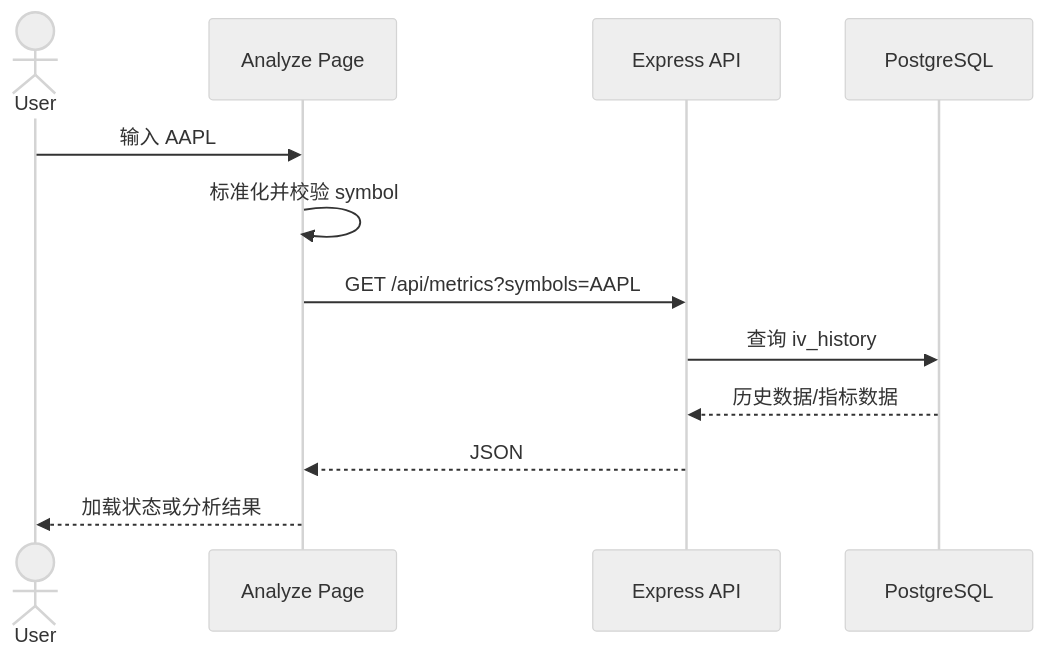
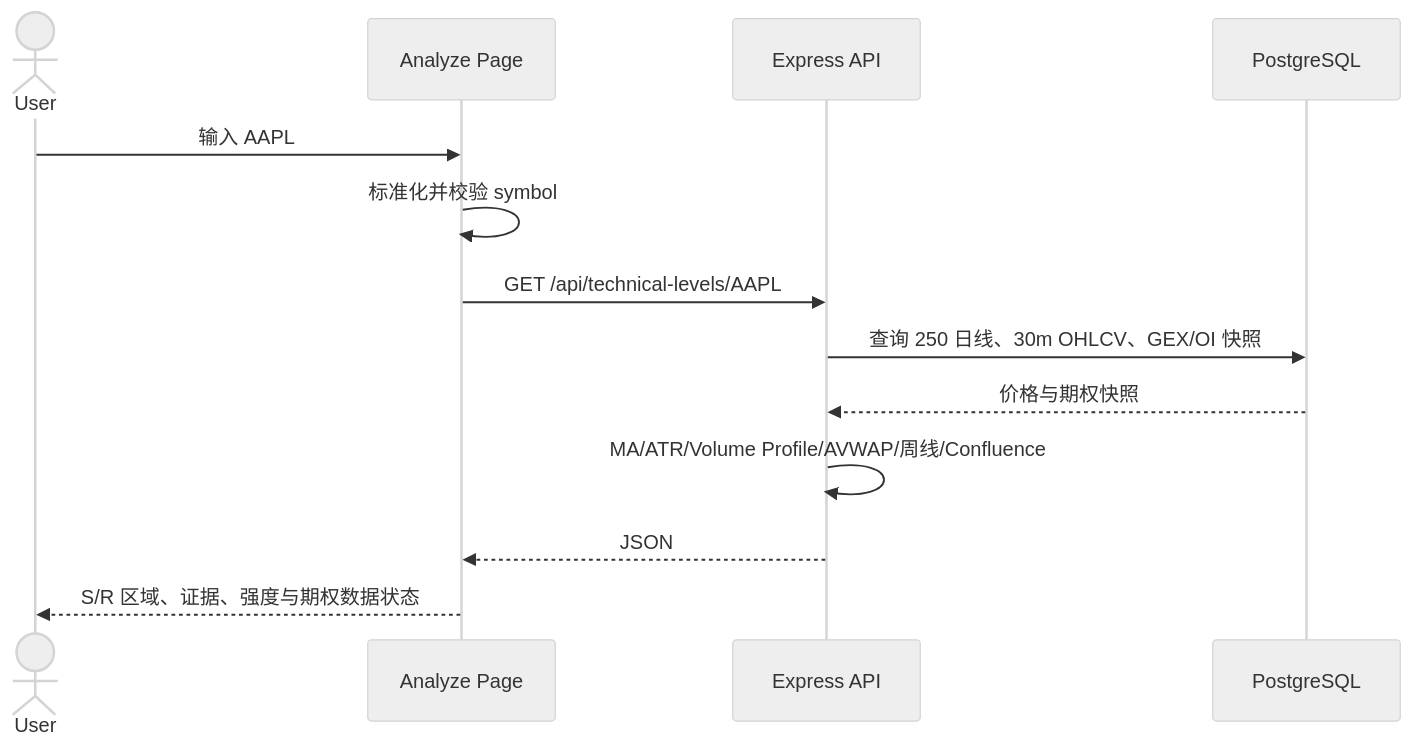
Before and after one commit to whicter/quantrift_options-lab: the third of 5 diagrams in ARCHITECTURE.md, drawn with Mermaid (neutral theme). The commit also changed other lines of this file and 24 other files, not shown here.

Commit message:
feat: add technical support confluence

````diff
--- a/ARCHITECTURE.md
+++ b/ARCHITECTURE.md
@@ -255,15 +259,16 @@
 ```mermaid
 sequenceDiagram
     actor User
     participant UI as Analyze Page
     participant API as Express API
     participant DB as PostgreSQL
 
     User->>UI: 输入 AAPL
     UI->>UI: 标准化并校验 symbol
-    UI->>API: GET /api/metrics?symbols=AAPL
-    API->>DB: 查询 iv_history
-    DB-->>API: 历史数据/指标数据
+    UI->>API: GET /api/technical-levels/AAPL
+    API->>DB: 查询 250 日线、30m OHLCV、GEX/OI 快照
+    DB-->>API: 价格与期权快照
+    API->>API: MA/ATR/Volume Profile/AVWAP/周线/Confluence
     API-->>UI: JSON
-    UI-->>User: 加载状态或分析结果
+    UI-->>User: S/R 区域、证据、强度与期权数据状态
 ```
````
